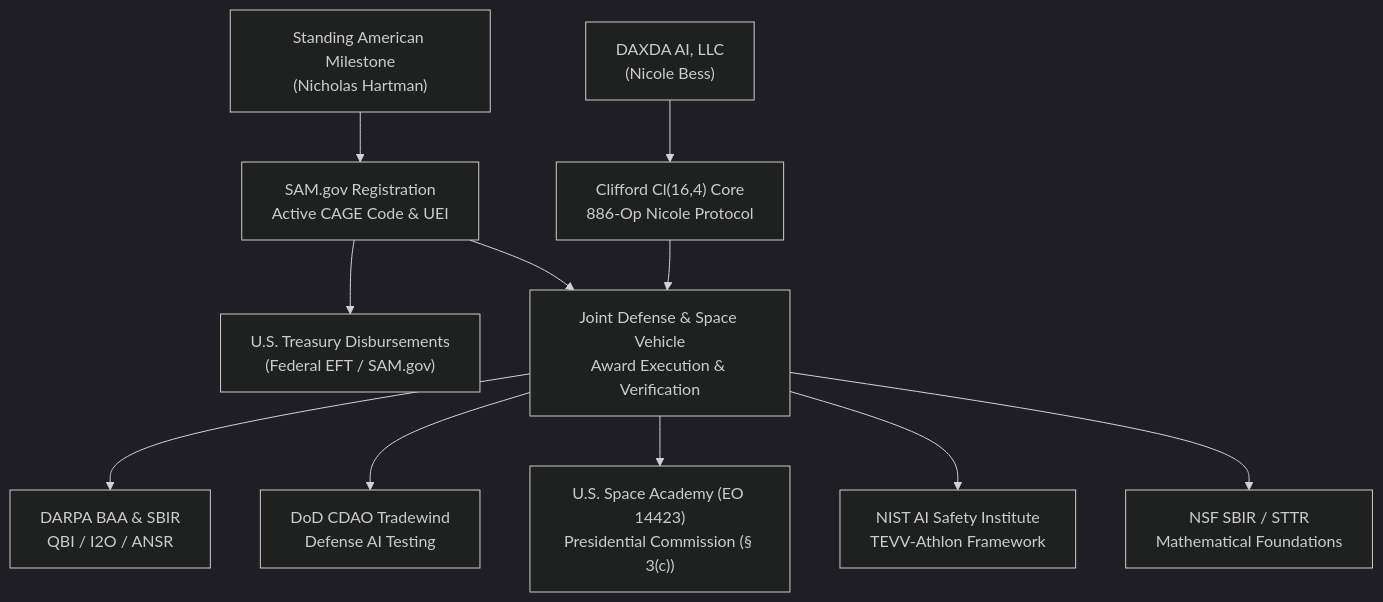
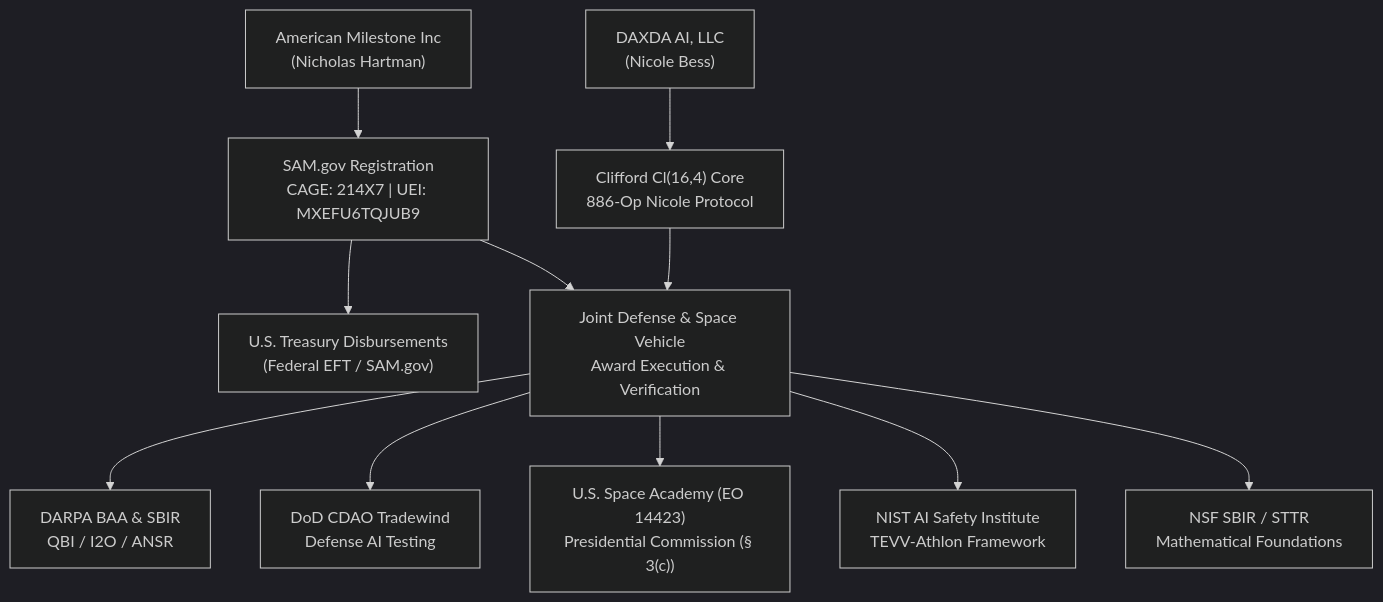
One commit to osmesirius-ship-it/DAXDA-NEXTGEN changed the diagram in daxda-next-gen/docs/compliance/DAXDA_FEDERAL_ENTITY_REGISTRATION_DOSSIER.md. Above: the diagram before and after it, drawn with Mermaid (dark theme). The commit also changed other lines of this file and 43 other files, not shown here.

Commit message:
feat: add federal partner CAGE/UEI payout routing and compliance documentation for American Milestone Inc

````diff
--- a/daxda-next-gen/docs/compliance/DAXDA_FEDERAL_ENTITY_REGISTRATION_DOSSIER.md
+++ b/daxda-next-gen/docs/compliance/DAXDA_FEDERAL_ENTITY_REGISTRATION_DOSSIER.md
@@ -102,13 +102,13 @@
 ```mermaid
 graph TD
-    SAM_CO["Standing American Milestone<br/>(Nicholas Hartman)"] --> SAM["SAM.gov Registration<br/>Active CAGE Code & UEI"]
+    SAM_CO["American Milestone Inc<br/>(Nicholas Hartman)"] --> SAM["SAM.gov Registration<br/>CAGE: 214X7 | UEI: MXEFU6TQJUB9"]
     DAXDA["DAXDA AI, LLC<br/>(Nicole Bess)"] --> TECH["Clifford Cl(16,4) Core<br/>886-Op Nicole Protocol"]
     SAM --> TREASURY["U.S. Treasury Disbursements<br/>(Federal EFT / SAM.gov)"]
     TECH --> JOINT["Joint Defense & Space Vehicle<br/>Award Execution & Verification"]
     SAM --> JOINT
     JOINT --> DARPA["DARPA BAA & SBIR<br/>QBI / I2O / ANSR"]
     JOINT --> DOD["DoD CDAO Tradewind<br/>Defense AI Testing"]
     JOINT --> USSA["U.S. Space Academy (EO 14423)<br/>Presidential Commission (§ 3(c))"]
     JOINT --> NIST["NIST AI Safety Institute<br/>TEVV-Athlon Framework"]
     JOINT --> NSF["NSF SBIR / STTR<br/>Mathematical Foundations"]
 ```
````
